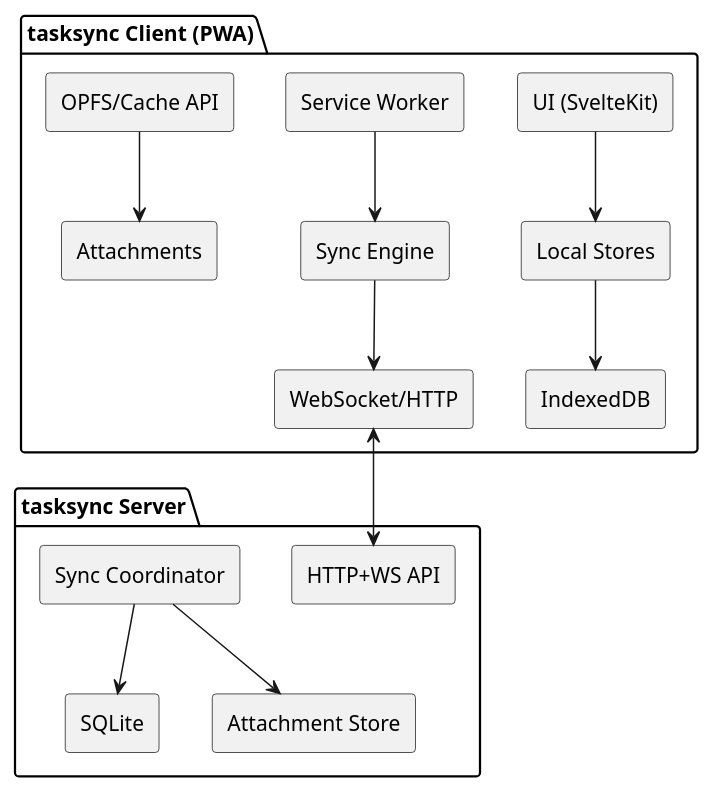
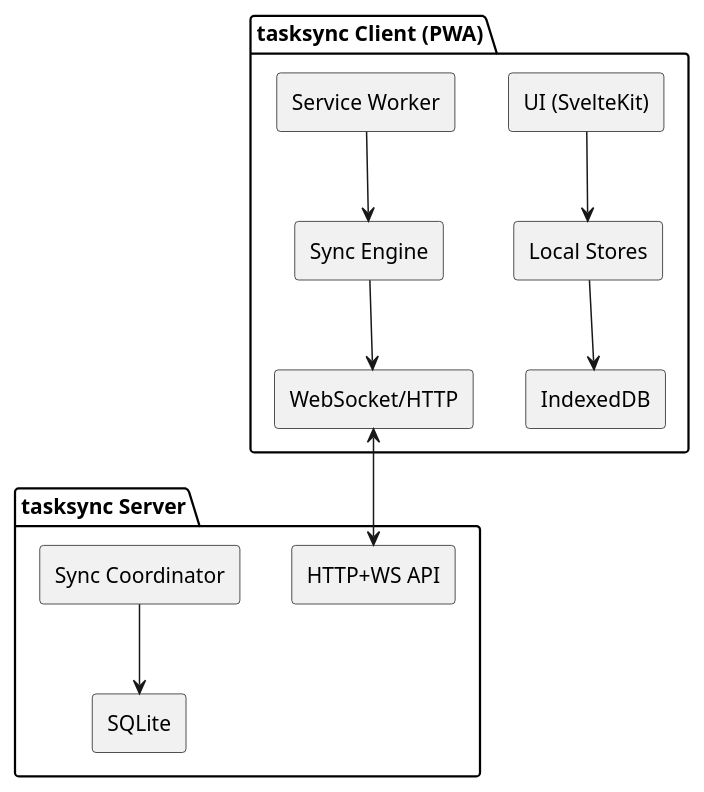
Before and after one commit to dtammam/tasksync: the diagram in docs/ARCHITECTURE.md, drawn with PlantUML. The commit also changed other lines of this file and 16 other files, not shown here.

Commit message:
chore(tasks): retire binary attachments and simplify task sync contracts

````diff
--- a/docs/ARCHITECTURE.md
+++ b/docs/ARCHITECTURE.md
@@ -20,21 +20,18 @@
 ```plantuml
 @startuml
 skinparam componentStyle rectangle
 package "tasksync Client (PWA)" {
   [UI (SvelteKit)] --> [Local Stores]
   [Local Stores] --> [IndexedDB]
   [Service Worker] --> [Sync Engine]
   [Sync Engine] --> [WebSocket/HTTP]
-  [OPFS/Cache API] --> [Attachments]
 }
 package "tasksync Server" {
   [HTTP+WS API]
   [Sync Coordinator]
   [SQLite]
-  [Attachment Store]
 }
 [WebSocket/HTTP] <--> [HTTP+WS API]
 [Sync Coordinator] --> [SQLite]
-[Sync Coordinator] --> [Attachment Store]
 @enduml
 ```
````
